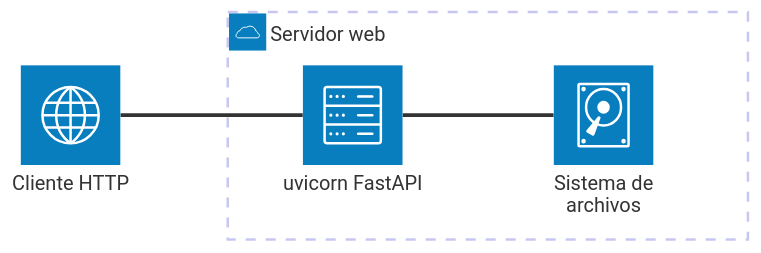
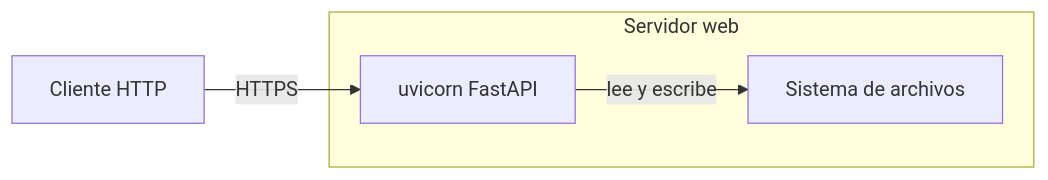
Before and after one commit to fmanza/doc_ia: the diagram in .github/instructions/docs.instructions.md, drawn with Mermaid. The commit also changed other lines of this file and 18 other files, not shown here.

First line of the commit message:
docs(standard): reglas de diagramas Mermaid en una sola sección (§3.17)

````diff
--- a/.github/instructions/docs.instructions.md
+++ b/.github/instructions/docs.instructions.md
@@ -395,9 +316,11 @@
 ```mermaid
-architecture-beta
-    group app(cloud)[Servidor web]
-    service client(internet)[Cliente HTTP]
-    service api(server)[uvicorn FastAPI] in app
-    service fs(disk)[Sistema de archivos] in app
-    client:R -- L:api
-    api:R -- L:fs
+flowchart LR
+    accTitle: Arquitectura física
+    accDescr: Un cliente HTTP llama a la API, que lee y escribe en el sistema de archivos del servidor.
+    subgraph app[Servidor web]
+        API[uvicorn FastAPI]
+        FS[Sistema de archivos]
+    end
+    CLI[Cliente HTTP] -- HTTPS --> API
+    API -- lee y escribe --> FS
 ```
````
